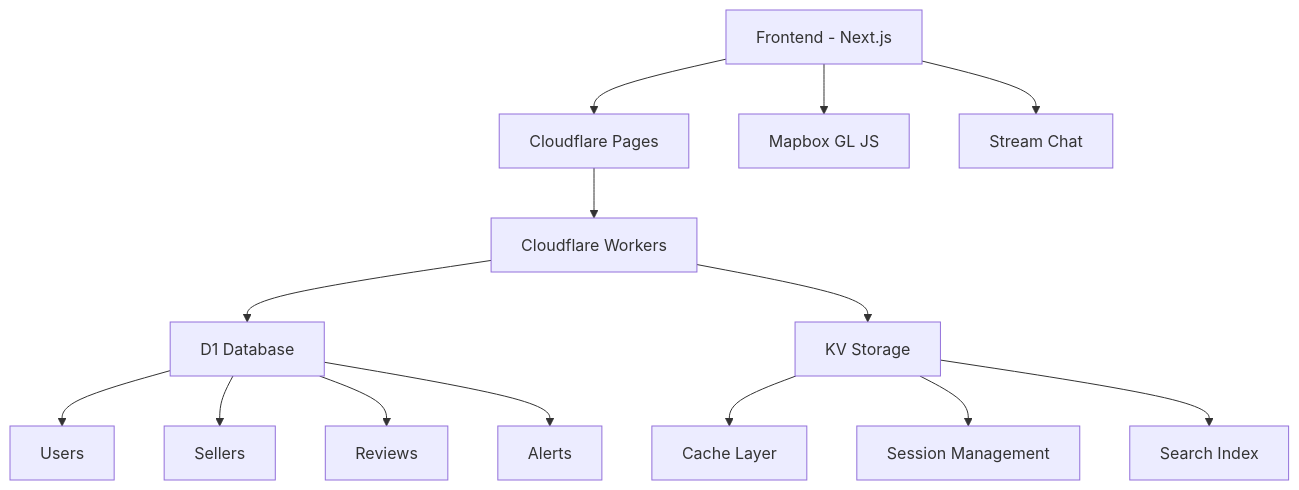
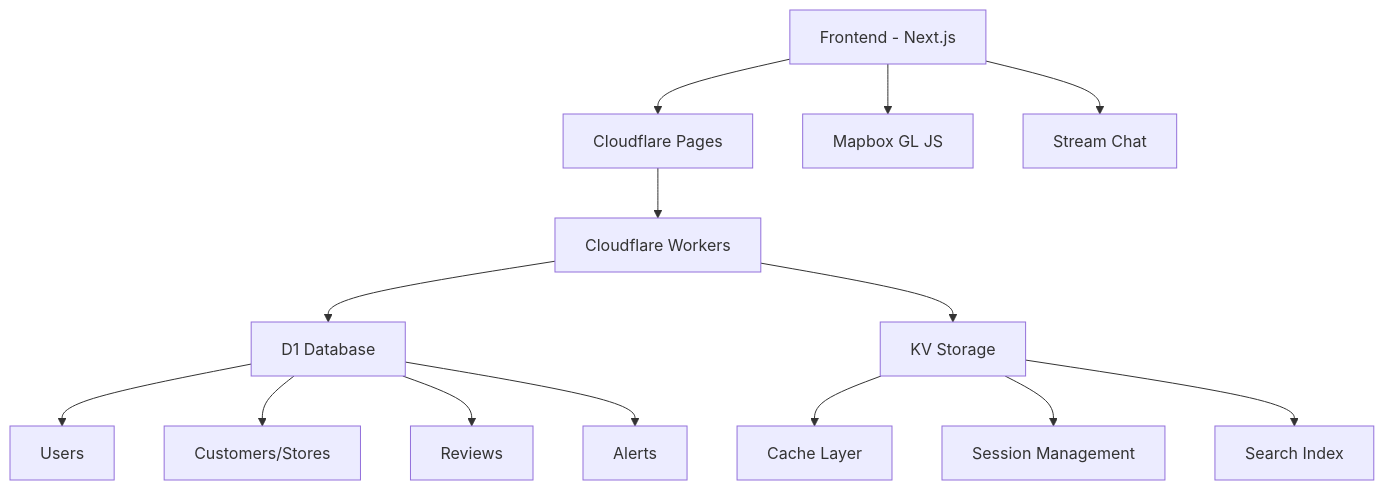
The diagram in README.md (smnshzh/estelam), drawn with Mermaid before and after one commit. The commit also changed other lines of this file and 30 other files, not shown here.

````diff
--- a/README.md
+++ b/README.md
@@ -55,19 +57,19 @@
 ```mermaid
 graph TB
     A[Frontend - Next.js] --> B[Cloudflare Pages]
     A --> C[Mapbox GL JS]
     A --> D[Stream Chat]
     
     B --> E[Cloudflare Workers]
     E --> F[D1 Database]
     E --> G[KV Storage]
     
     F --> H[Users]
-    F --> I[Sellers]
+    F --> I[Customers/Stores]
     F --> J[Reviews]
     F --> K[Alerts]
     
     G --> L[Cache Layer]
     G --> M[Session Management]
     G --> N[Search Index]
 ```
````
